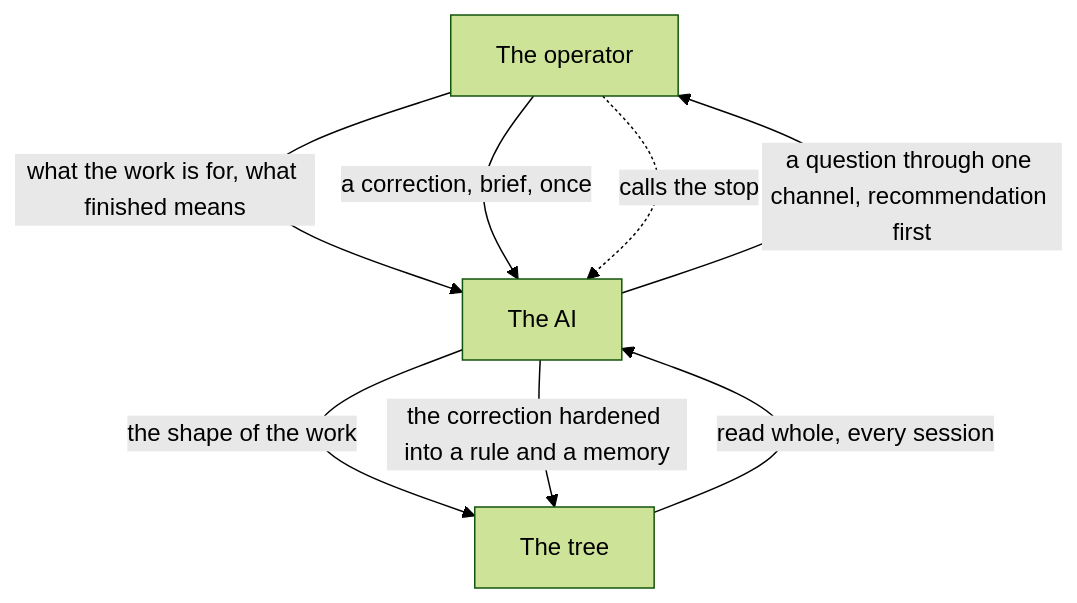
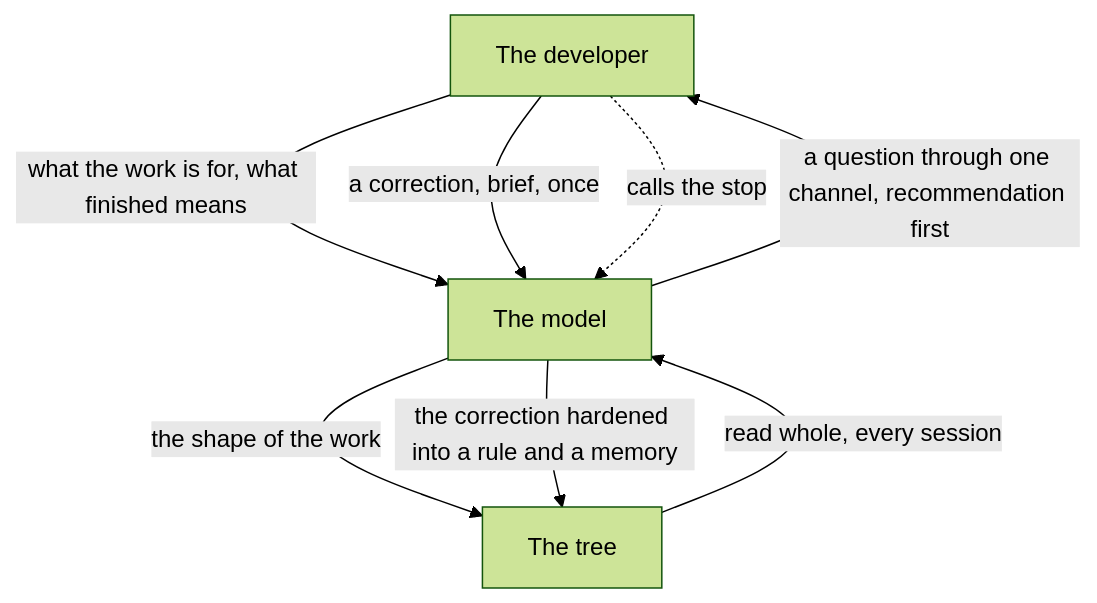
Before and after one commit to Varietyz/Disciplined-AI-Software-Development: the first of 16 diagrams in COLLABORATE.md, drawn with Mermaid (forest theme). The commit also changed other lines of this file and 25 other files, not shown here.

````diff
--- a/COLLABORATE.md
+++ b/COLLABORATE.md
@@ -37,13 +33,13 @@
 ```mermaid
 flowchart TB
-operator["The operator"]
-ai["The AI"]
+operator["The developer"]
+ai["The model"]
 tree["The tree"]
 operator -- what the work is for, what finished means --> ai
 operator -- a correction, brief, once --> ai
 ai -- the shape of the work --> tree
 ai -- a question through one channel, recommendation first --> operator
 ai -- the correction hardened into a rule and a memory --> tree
 tree -- read whole, every session --> ai
 operator -. calls the stop .-> ai
 ```
````
